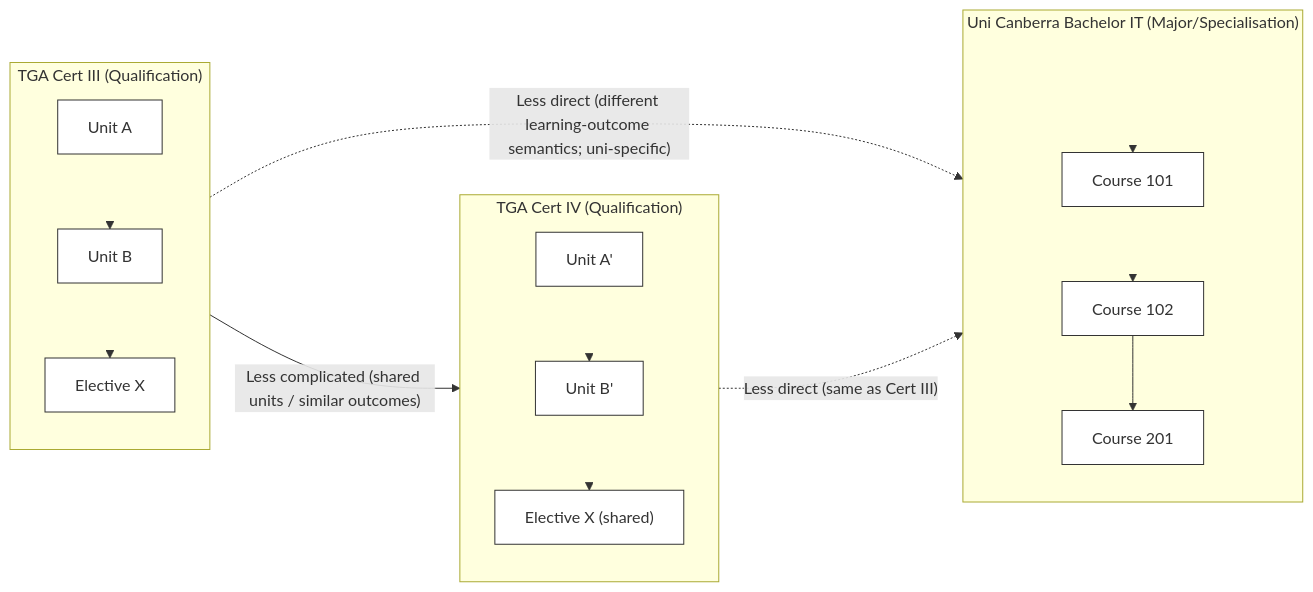
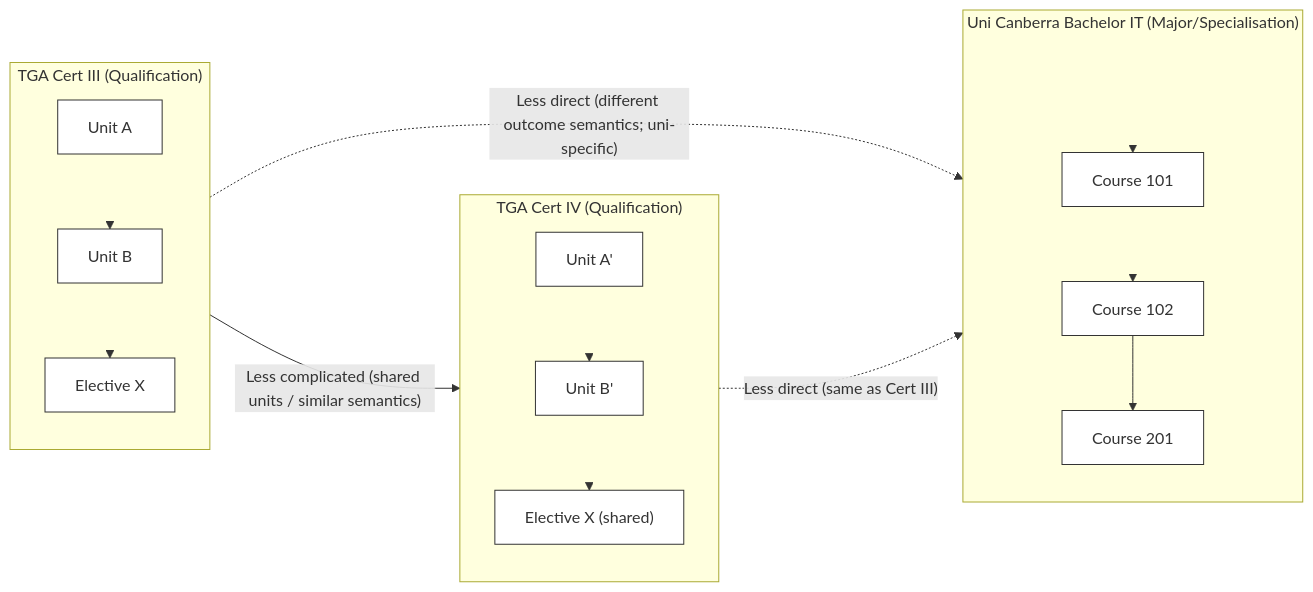
Before and after one commit to leskneebone/skills-SPARQL: the first of 3 diagrams in reports/creditTransferModels.md, drawn with Mermaid.

````diff
--- a/reports/creditTransferModels.md
+++ b/reports/creditTransferModels.md
@@ -1,39 +1,39 @@
 ```mermaid
 flowchart LR
   %% Diagram 1 — direct mappings (VET↔VET easier than VET↔HE)
 
   subgraph CertIII["TGA Cert III (Qualification)"]
     C3a["Unit A"]:::unit
     C3b["Unit B"]:::unit
     C3d["Elective X"]:::unit
     C3a --> C3b
     C3b --> C3d
   end
 
   subgraph CertIV["TGA Cert IV (Qualification)"]
     C4a["Unit A'"]:::unit
     C4b["Unit B'"]:::unit
     C4x["Elective X (shared)"]:::unit
     C4a --> C4b
     C4b --> C4x
   end
 
   subgraph UCBIT["Uni Canberra Bachelor IT (Major/Specialisation)"]
     spacer[" "]:::spacer
     UC1["Course 101"]:::unit
     UC2["Course 102"]:::unit
     UC3["Course 201"]:::unit
     spacer --> UC1
     UC1 --> UC2 --> UC3
   end
 
-  CertIII -- "Less complicated (shared units / similar outcomes)" --> CertIV
-  CertIII -. "Less direct (different learning-outcome semantics; uni-specific)" .-> UCBIT
+  CertIII -- "Less complicated (shared units / similar semantics)" --> CertIV
+  CertIII -. "Less direct (different outcome semantics; uni-specific)" .-> UCBIT
   CertIV  -. "Less direct (same as Cert III)" .-> UCBIT
 
   classDef unit fill:#fff,stroke:#333,stroke-width:1px;
   classDef spacer fill:none,stroke:none;
 
   %% Hide the internal “stacking” links (indices 0..5)
   linkStyle 0,1,2,3,4,5 stroke-width:0px;
 ```
````
